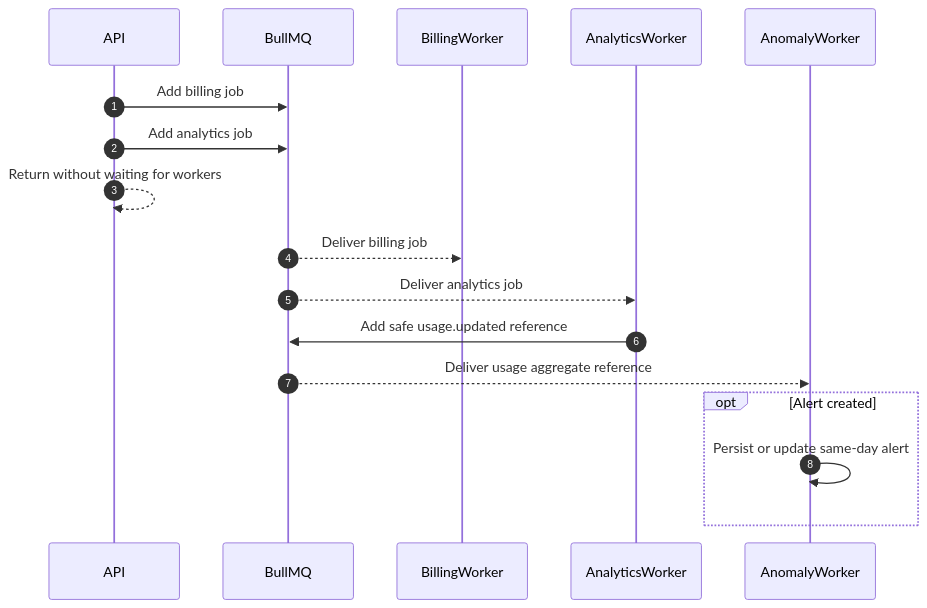
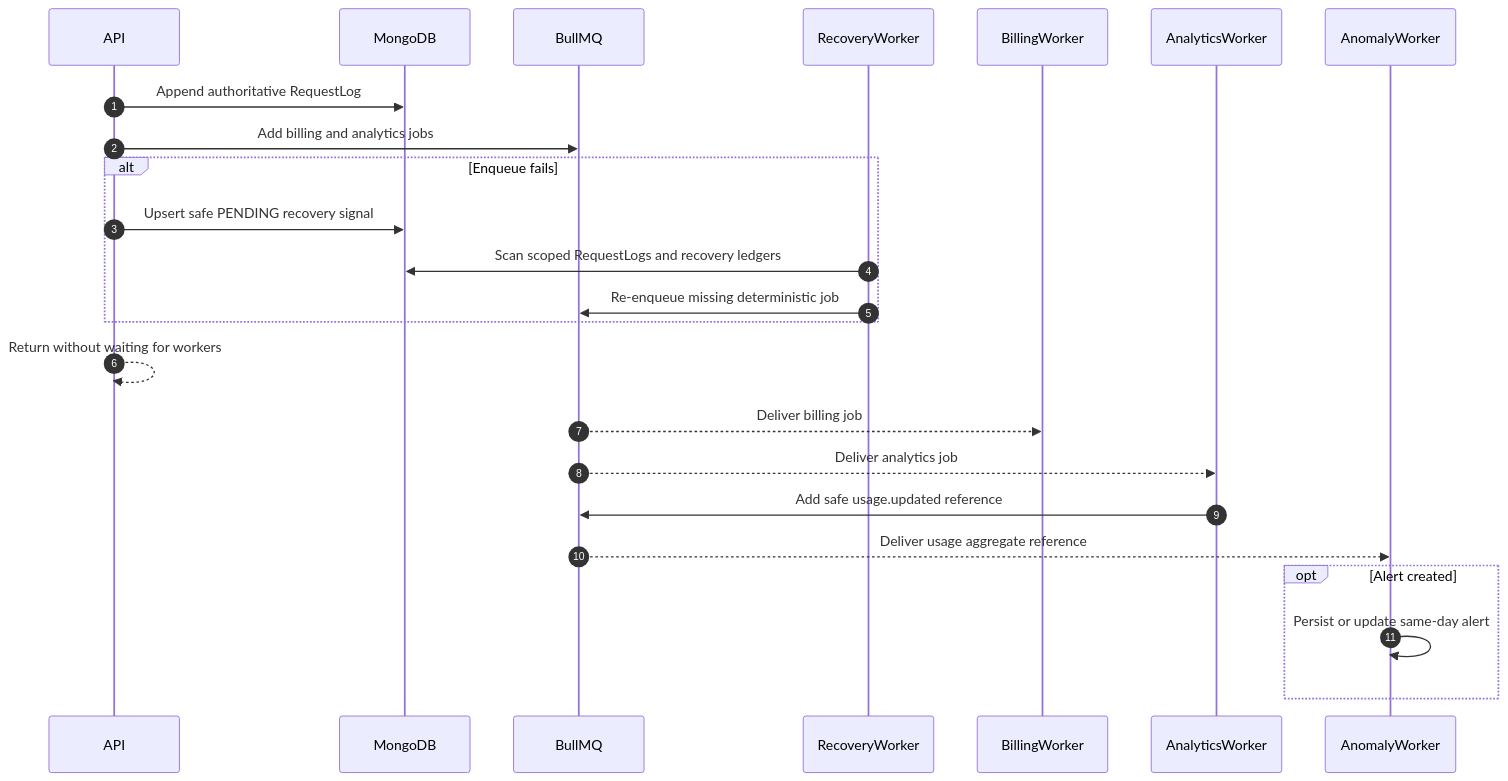
Diagram 17 of 37 in docs/12_SEQUENCE_DIAGRAMS.md (tarun5004/ProxyAi), drawn with Mermaid before and after one commit. The commit also changed other lines of this file and 10 other files, not shown here.

````diff
--- a/docs/12_SEQUENCE_DIAGRAMS.md
+++ b/docs/12_SEQUENCE_DIAGRAMS.md
@@ -766,21 +766,28 @@
 ```mermaid
 sequenceDiagram
     autonumber
     participant API
+    participant MongoDB
     participant BullMQ
+    participant RecoveryWorker
     participant BillingWorker
     participant AnalyticsWorker
     participant AnomalyWorker
 
-    API->>BullMQ: Add billing job
-    API->>BullMQ: Add analytics job
+    API->>MongoDB: Append authoritative RequestLog
+    API->>BullMQ: Add billing and analytics jobs
+    alt Enqueue fails
+        API->>MongoDB: Upsert safe PENDING recovery signal
+        RecoveryWorker->>MongoDB: Scan scoped RequestLogs and recovery ledgers
+        RecoveryWorker->>BullMQ: Re-enqueue missing deterministic job
+    end
     API-->>API: Return without waiting for workers
 
     BullMQ-->>BillingWorker: Deliver billing job
     BullMQ-->>AnalyticsWorker: Deliver analytics job
     AnalyticsWorker->>BullMQ: Add safe usage.updated reference
     BullMQ-->>AnomalyWorker: Deliver usage aggregate reference
     opt Alert created
         AnomalyWorker->>AnomalyWorker: Persist or update same-day alert
     end
 ```
````
